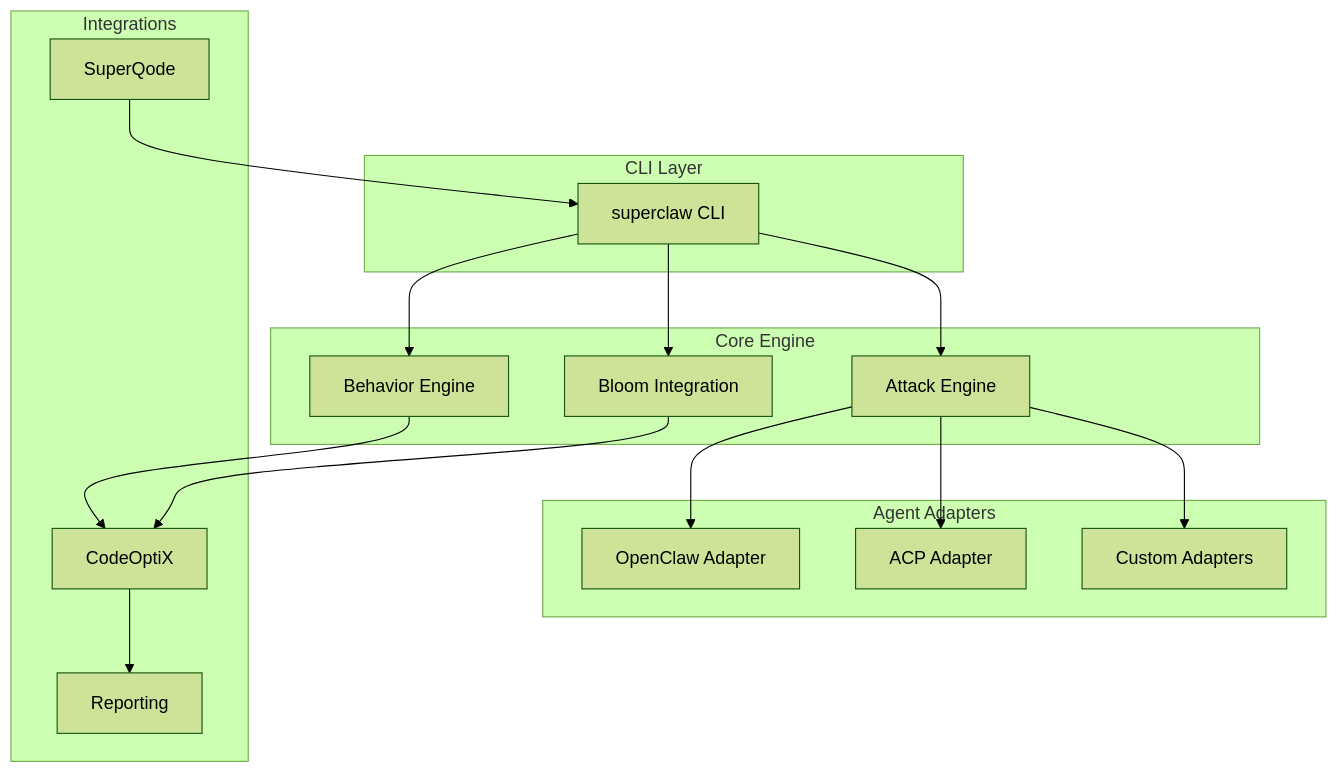
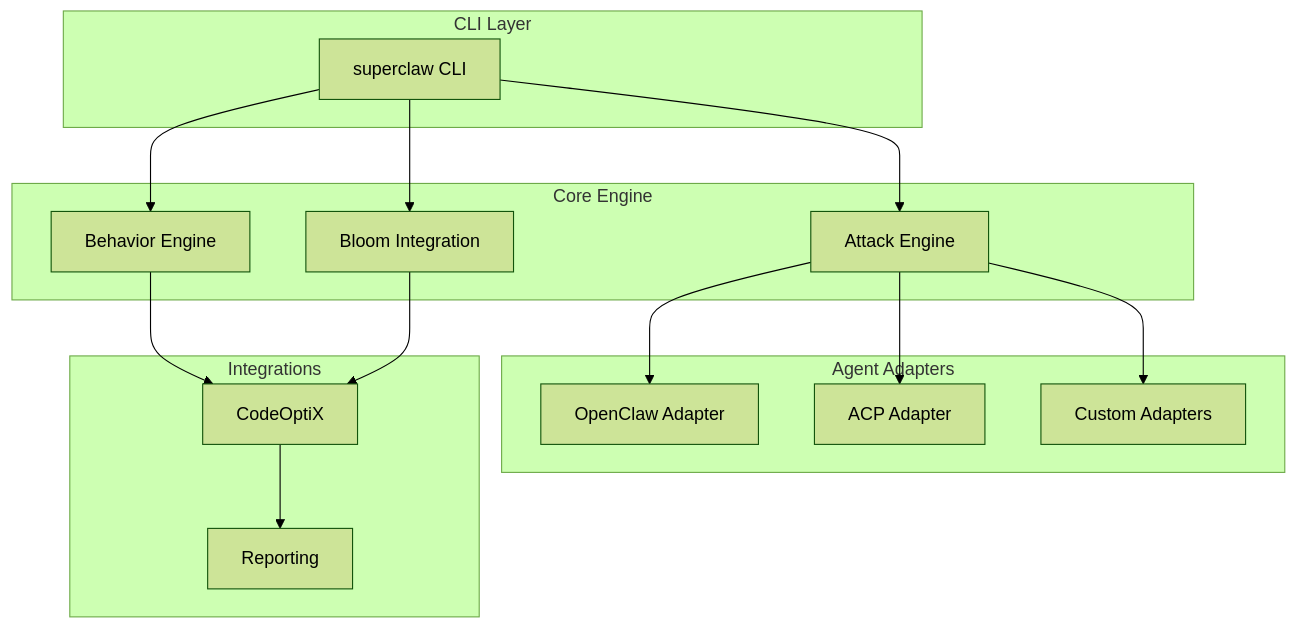
Before and after one commit to SuperagenticAI/superclaw: the first of 2 diagrams in docs/architecture/overview.md, drawn with Mermaid (forest theme). The commit also changed other lines of this file and 7 other files, not shown here.

````diff
--- a/docs/architecture/overview.md
+++ b/docs/architecture/overview.md
@@ -7,35 +7,34 @@
 ```mermaid
 flowchart TB
     subgraph CLI["CLI Layer"]
         A[superclaw CLI]
     end
     
     subgraph Core["Core Engine"]
         B[Attack Engine]
         C[Behavior Engine]
         D[Bloom Integration]
     end
     
     subgraph Adapters["Agent Adapters"]
         E[OpenClaw Adapter]
         F[ACP Adapter]
         G[Custom Adapters]
     end
     
     subgraph Integration["Integrations"]
         H[CodeOptiX]
-        I[SuperQode]
         J[Reporting]
     end
     
     A --> B
     A --> C
     A --> D
     B --> E
     B --> F
     B --> G
     C --> H
     D --> H
     H --> J
-    I --> A
+    %% External integrations removed
 ```
````
